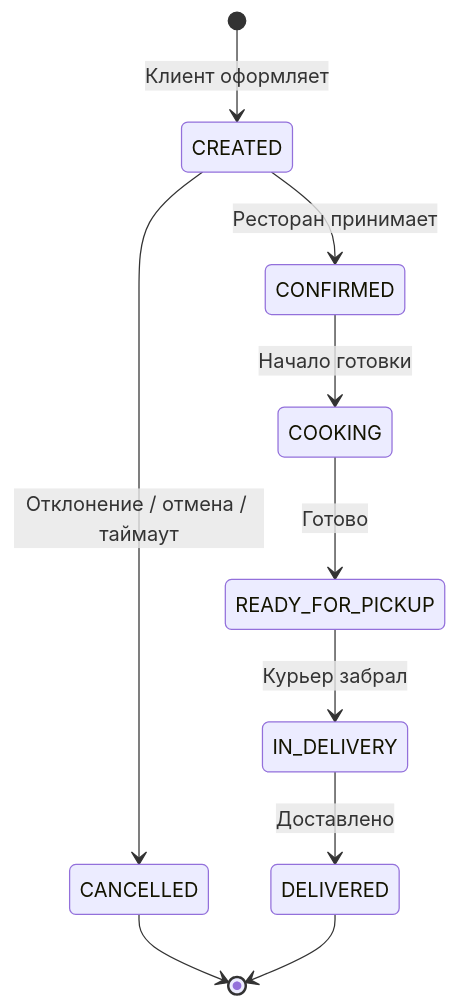
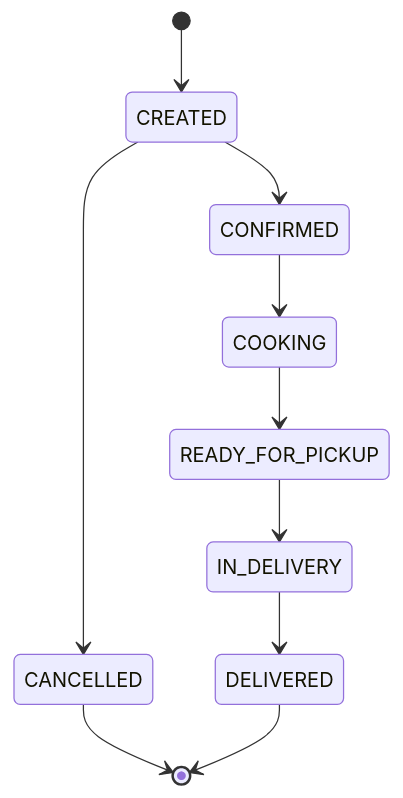
One commit to S1r0pchik/Food-Delivery-API changed the diagram in README.md. Above: the diagram before and after it, drawn with Mermaid. The commit also changed other lines of this file, not shown here.

````diff
--- a/README.md
+++ b/README.md
@@ -194,12 +97,12 @@
 ```mermaid
 stateDiagram-v2
-    [*] --> CREATED : Клиент оформляет
-    CREATED --> CONFIRMED : Ресторан принимает
-    CREATED --> CANCELLED : Отклонение / отмена / таймаут
-    CONFIRMED --> COOKING : Начало готовки
-    COOKING --> READY_FOR_PICKUP : Готово
-    READY_FOR_PICKUP --> IN_DELIVERY : Курьер забрал
-    IN_DELIVERY --> DELIVERED : Доставлено
+    [*] --> CREATED
+    CREATED --> CONFIRMED
+    CREATED --> CANCELLED
+    CONFIRMED --> COOKING
+    COOKING --> READY_FOR_PICKUP
+    READY_FOR_PICKUP --> IN_DELIVERY
+    IN_DELIVERY --> DELIVERED
     CANCELLED --> [*]
     DELIVERED --> [*]
 ```
````
